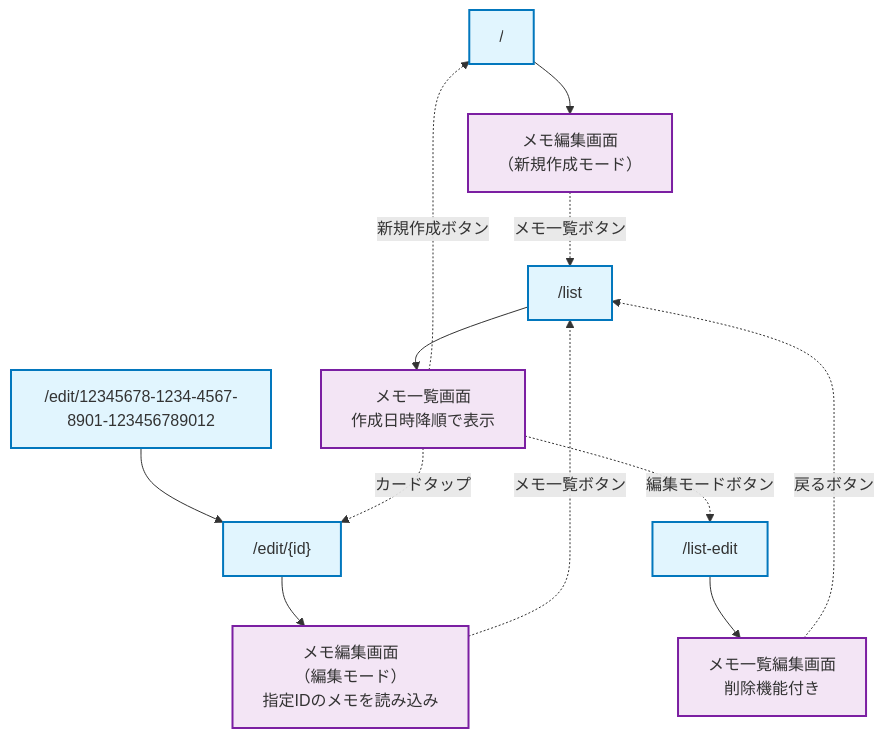
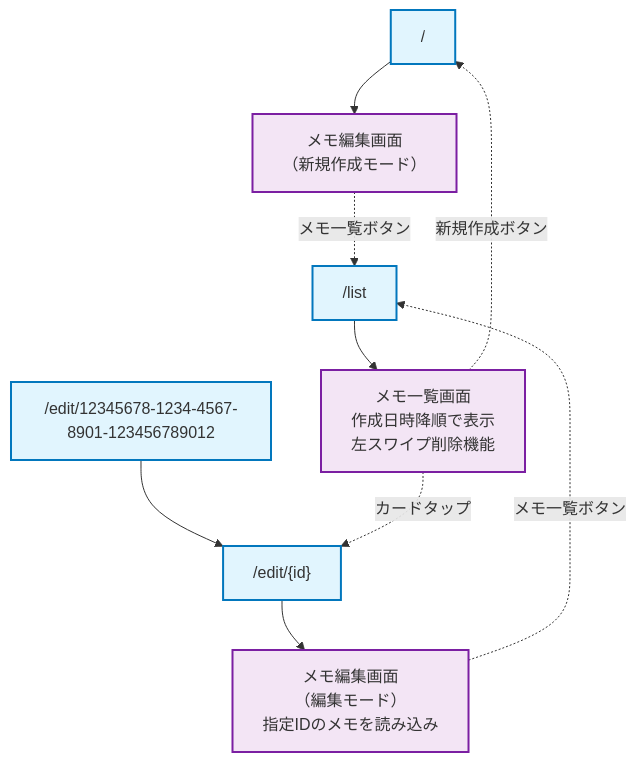
One commit to KajiyaManzou/ai-MyNotes changed the fourth of 7 diagrams in screenFlow.md. Above: the diagram before and after it, drawn with Mermaid. The commit also changed other lines of this file and 4 other files, not shown here.

````diff
--- a/screenFlow.md
+++ b/screenFlow.md
@@ -137,27 +132,23 @@
 ```mermaid
 graph TD
     Root["/"] --> MemoEdit_New["メモ編集画面<br/>（新規作成モード）"]
     
     EditWithId["/edit/{id}"] --> MemoEdit_Existing["メモ編集画面<br/>（編集モード）<br/>指定IDのメモを読み込み"]
     
-    List["/list"] --> MemoList_Display["メモ一覧画面<br/>作成日時降順で表示"]
-    
-    ListEdit["/list-edit"] --> MemoListEdit_Display["メモ一覧編集画面<br/>削除機能付き"]
+    List["/list"] --> MemoList_Display["メモ一覧画面<br/>作成日時降順で表示<br/>左スワイプ削除機能"]
     
     %% パラメータ例
     EditExample["/edit/12345678-1234-4567-8901-123456789012"] --> EditWithId
     
-    %% ナビゲーション
+    %% ナビゲーション（簡素化）
     MemoEdit_New -.->|メモ一覧ボタン| List
     MemoEdit_Existing -.->|メモ一覧ボタン| List
     MemoList_Display -.->|新規作成ボタン| Root
     MemoList_Display -.->|カードタップ| EditWithId
-    MemoList_Display -.->|編集モードボタン| ListEdit
-    MemoListEdit_Display -.->|戻るボタン| List
     
     classDef route fill:#e1f5fe,stroke:#0277bd,stroke-width:2px
     classDef screen fill:#f3e5f5,stroke:#7b1fa2,stroke-width:2px
     
-    class Root,EditWithId,List,ListEdit,EditExample route
-    class MemoEdit_New,MemoEdit_Existing,MemoList_Display,MemoListEdit_Display screen
+    class Root,EditWithId,List,EditExample route
+    class MemoEdit_New,MemoEdit_Existing,MemoList_Display screen
 ```
````
